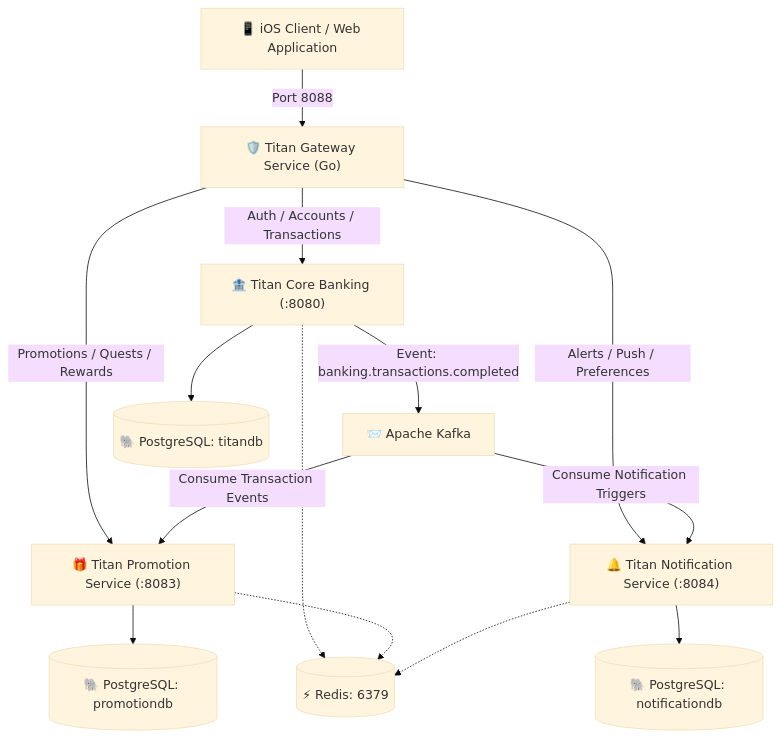
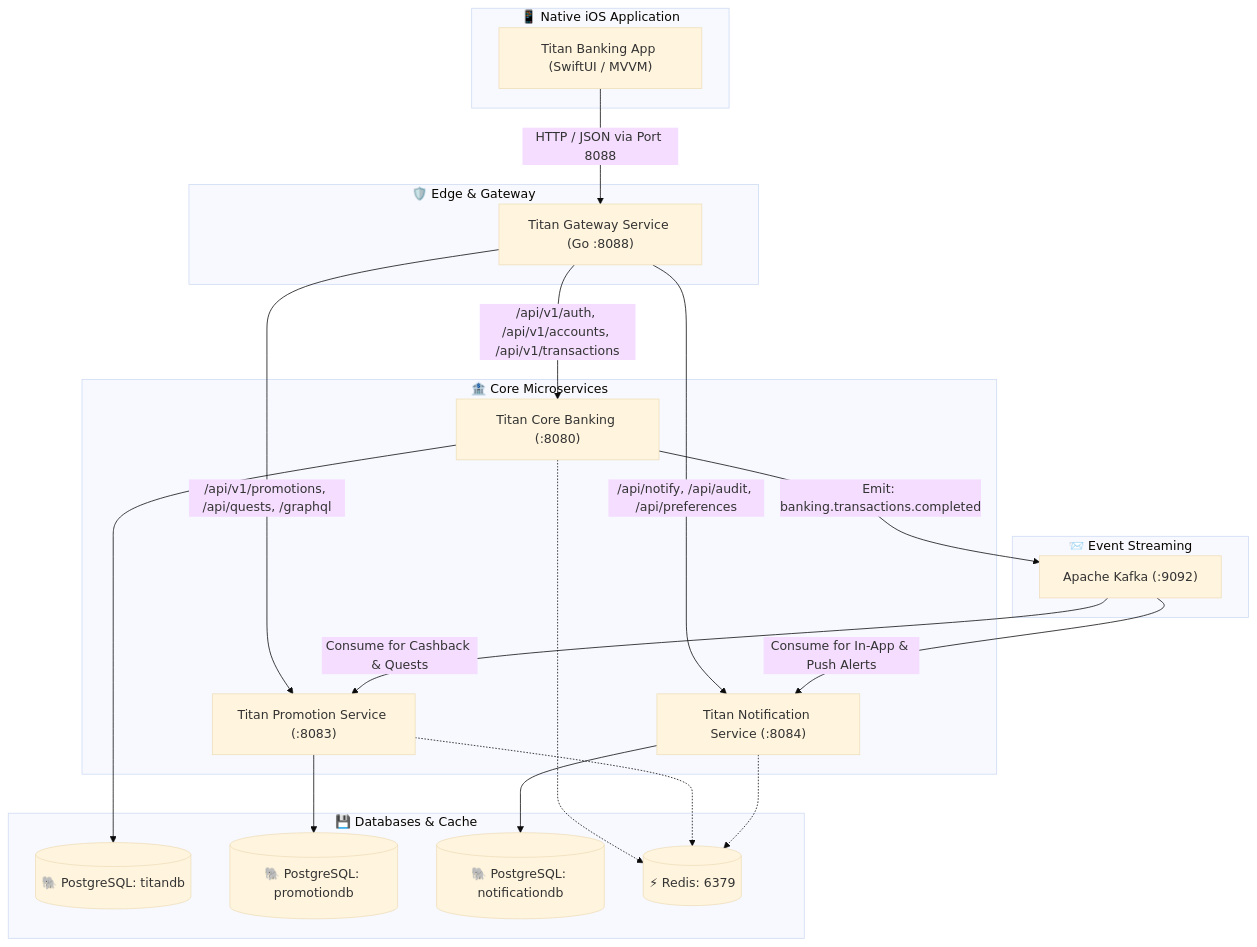
Before and after one commit to Bunchhay1/Bunchhay1-Bank-Microservice-Api-With-Swift: the diagram in README.md, drawn with Mermaid (base theme). The commit also changed other lines of this file, not shown here.

Commit message:
docs: add Titan Banking iOS SwiftUI application section to README

````diff
--- a/README.md
+++ b/README.md
@@ -15,20 +17,45 @@
 ```mermaid
 flowchart TD
-    Client["📱 iOS Client / Web Application"] -->|Port 8088| Gateway["🛡️ Titan Gateway Service (Go)"]
-    
-    Gateway -->|Auth / Accounts / Transactions| Core["🏦 Titan Core Banking (:8080)"]
-    Gateway -->|Promotions / Quests / Rewards| Promo["🎁 Titan Promotion Service (:8083)"]
-    Gateway -->|Alerts / Push / Preferences| Notif["🔔 Titan Notification Service (:8084)"]
+    subgraph Client ["📱 Native iOS Application"]
+        iOS["Titan Banking App (SwiftUI / MVVM)"]
+    end
 
-    Core -->|Event: banking.transactions.completed| Kafka["📨 Apache Kafka"]
-    Kafka -->|Consume Transaction Events| Promo
-    Kafka -->|Consume Notification Triggers| Notif
+    subgraph Edge ["🛡️ Edge & Gateway"]
+        Gateway["Titan Gateway Service (Go :8088)"]
+    end
 
-    Core --> DB_Core[("🐘 PostgreSQL: titandb")]
-    Promo --> DB_Promo[("🐘 PostgreSQL: promotiondb")]
-    Notif --> DB_Notif[("🐘 PostgreSQL: notificationdb")]
+    subgraph Microservices ["🏦 Core Microservices"]
+        Core["Titan Core Banking (:8080)"]
+        Promo["Titan Promotion Service (:8083)"]
+        Notif["Titan Notification Service (:8084)"]
+    end
 
-    Core -.-> Redis[("⚡ Redis: 6379")]
+    subgraph EventStream ["📨 Event Streaming"]
+        Kafka["Apache Kafka (:9092)"]
+    end
+
+    subgraph Persistence ["💾 Databases & Cache"]
+        DB_Core[("🐘 PostgreSQL: titandb")]
+        DB_Promo[("🐘 PostgreSQL: promotiondb")]
+        DB_Notif[("🐘 PostgreSQL: notificationdb")]
+        Redis[("⚡ Redis: 6379")]
+    end
+
+    iOS -->|HTTP / JSON via Port 8088| Gateway
+
+    Gateway -->|/api/v1/auth, /api/v1/accounts, /api/v1/transactions| Core
+    Gateway -->|/api/v1/promotions, /api/quests, /graphql| Promo
+    Gateway -->|/api/notify, /api/audit, /api/preferences| Notif
+
+    Core -->|Emit: banking.transactions.completed| Kafka
+    Kafka -->|Consume for Cashback & Quests| Promo
+    Kafka -->|Consume for In-App & Push Alerts| Notif
+
+    Core --> DB_Core
+    Promo --> DB_Promo
+    Notif --> DB_Notif
+
+    Core -.-> Redis
     Promo -.-> Redis
     Notif -.-> Redis
 ```
````
